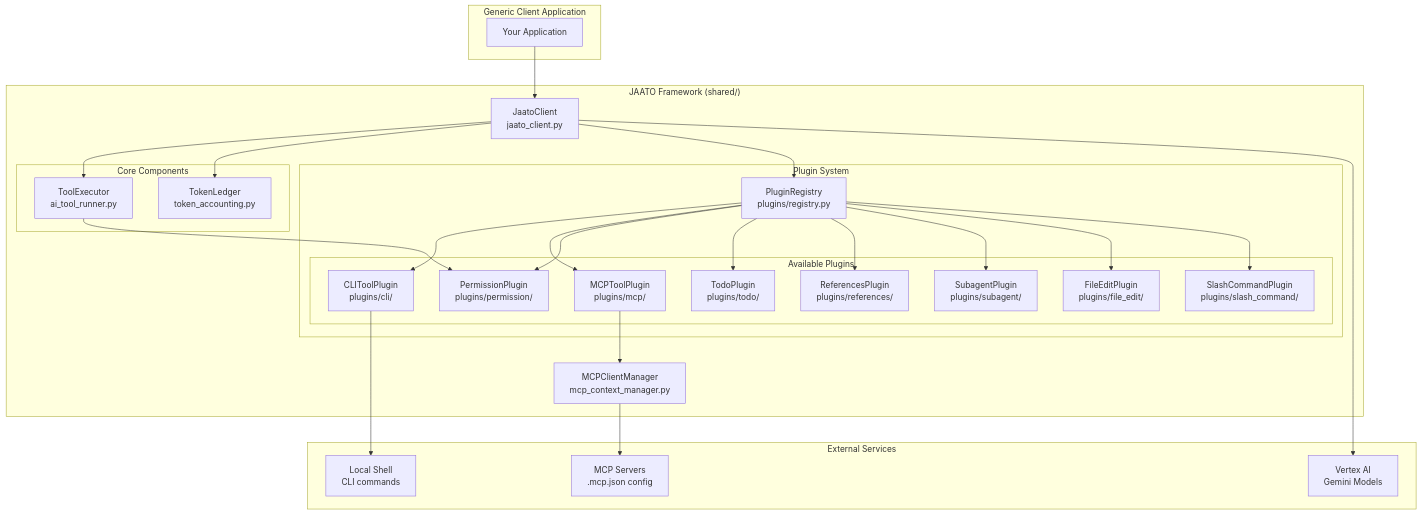
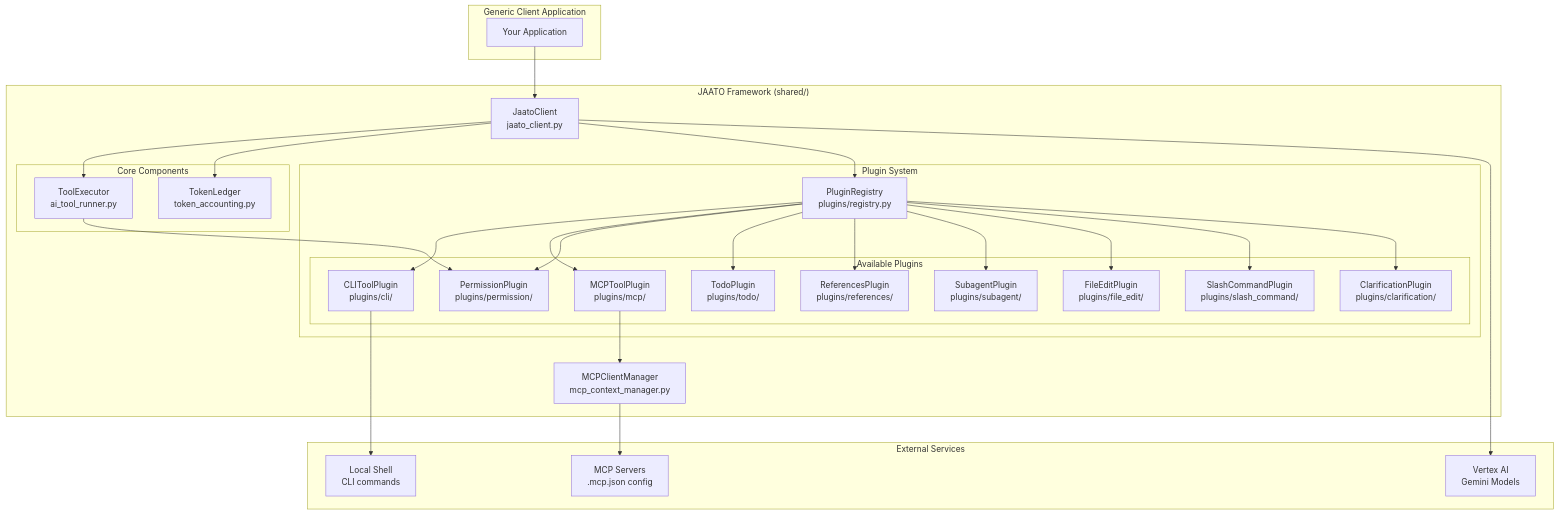
Before and after one commit to Jaato-framework-and-examples/jaato: the first of 3 diagrams in docs/architecture.md, drawn with Mermaid. The commit also changed other lines of this file and 2 other files, not shown here.

First line of the commit message:
docs(clarification): Add documentation for clarification plugin

````diff
--- a/docs/architecture.md
+++ b/docs/architecture.md
@@ -54,56 +54,58 @@
 ```mermaid
 flowchart TB
     subgraph Client["Generic Client Application"]
         App[Your Application]
     end
 
     subgraph Framework["JAATO Framework (shared/)"]
         JC[JaatoClient<br/>jaato_client.py]
 
         subgraph Core["Core Components"]
             TE[ToolExecutor<br/>ai_tool_runner.py]
             TL[TokenLedger<br/>token_accounting.py]
         end
 
         subgraph Plugins["Plugin System"]
             PR[PluginRegistry<br/>plugins/registry.py]
 
             subgraph Available["Available Plugins"]
                 CLI[CLIToolPlugin<br/>plugins/cli/]
                 MCP[MCPToolPlugin<br/>plugins/mcp/]
                 PERM[PermissionPlugin<br/>plugins/permission/]
                 TODO[TodoPlugin<br/>plugins/todo/]
                 REFS[ReferencesPlugin<br/>plugins/references/]
                 SUB[SubagentPlugin<br/>plugins/subagent/]
                 FEDIT[FileEditPlugin<br/>plugins/file_edit/]
                 SLASH[SlashCommandPlugin<br/>plugins/slash_command/]
+                CLAR[ClarificationPlugin<br/>plugins/clarification/]
             end
         end
 
         MCM[MCPClientManager<br/>mcp_context_manager.py]
     end
 
     subgraph External["External Services"]
         VAI[Vertex AI<br/>Gemini Models]
         MCPS[MCP Servers<br/>.mcp.json config]
         Shell[Local Shell<br/>CLI commands]
     end
 
     App --> JC
     JC --> TE
     JC --> TL
     JC --> PR
     PR --> CLI
     PR --> MCP
     PR --> PERM
     PR --> TODO
     PR --> REFS
     PR --> SUB
     PR --> FEDIT
     PR --> SLASH
+    PR --> CLAR
     TE --> PERM
     MCP --> MCM
     MCM --> MCPS
     CLI --> Shell
     JC --> VAI
 ```
````
